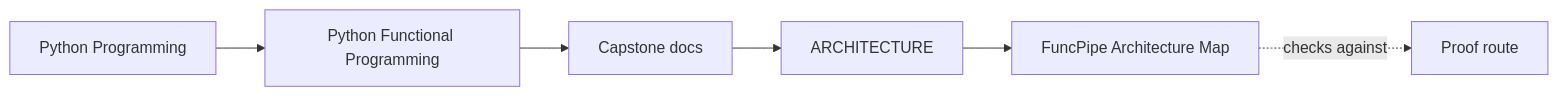
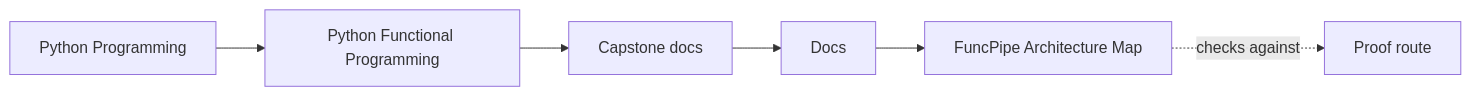
Before and after one commit to bijux/bijux-masterclass: the first of 2 diagrams in programs/python-programming/python-functional-programming/capstone/docs/architecture.md, drawn with Mermaid. The commit also changed 108 other files, not shown here.

````diff
--- a/programs/python-programming/python-functional-programming/capstone/docs/architecture.md
+++ b/programs/python-programming/python-functional-programming/capstone/docs/architecture.md
@@ -7,12 +7,12 @@
 ```mermaid
 graph LR
   family["Python Programming"]
   program["Python Functional Programming"]
   guide["Capstone docs"]
-  section["ARCHITECTURE"]
+  section["Docs"]
   page["FuncPipe Architecture Map"]
   proof["Proof route"]
 
   family --> program --> guide --> section --> page
   page -.checks against.-> proof
 ```
````
